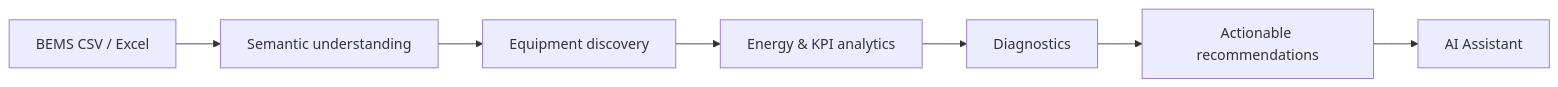
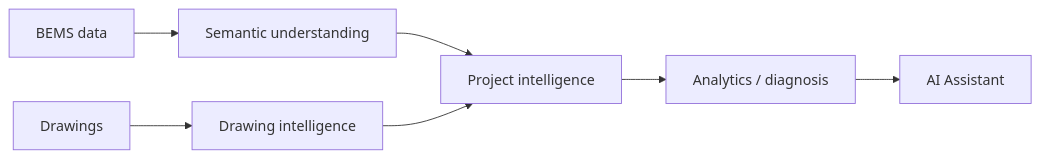
Before and after one commit to KaedeharaT/hvac-ai-analyzer: the first of 3 diagrams in README.md, drawn with Mermaid. The commit also changed other lines of this file and 5 other files, not shown here.

Commit message:
docs: present drawing intelligence safely

````diff
--- a/README.md
+++ b/README.md
@@ -39,9 +39,9 @@
 ```mermaid
 flowchart LR
-    A[BEMS CSV / Excel] --> B[Semantic understanding]
-    B --> C[Equipment discovery]
-    C --> D[Energy & KPI analytics]
-    D --> E[Diagnostics]
-    E --> F[Actionable recommendations]
-    F --> G[AI Assistant]
+    A[BEMS data] --> B[Semantic understanding]
+    B --> C[Project intelligence]
+    X[Drawings] --> Y[Drawing intelligence]
+    Y --> C
+    C --> D[Analytics / diagnosis]
+    D --> E[AI Assistant]
 ```
````
